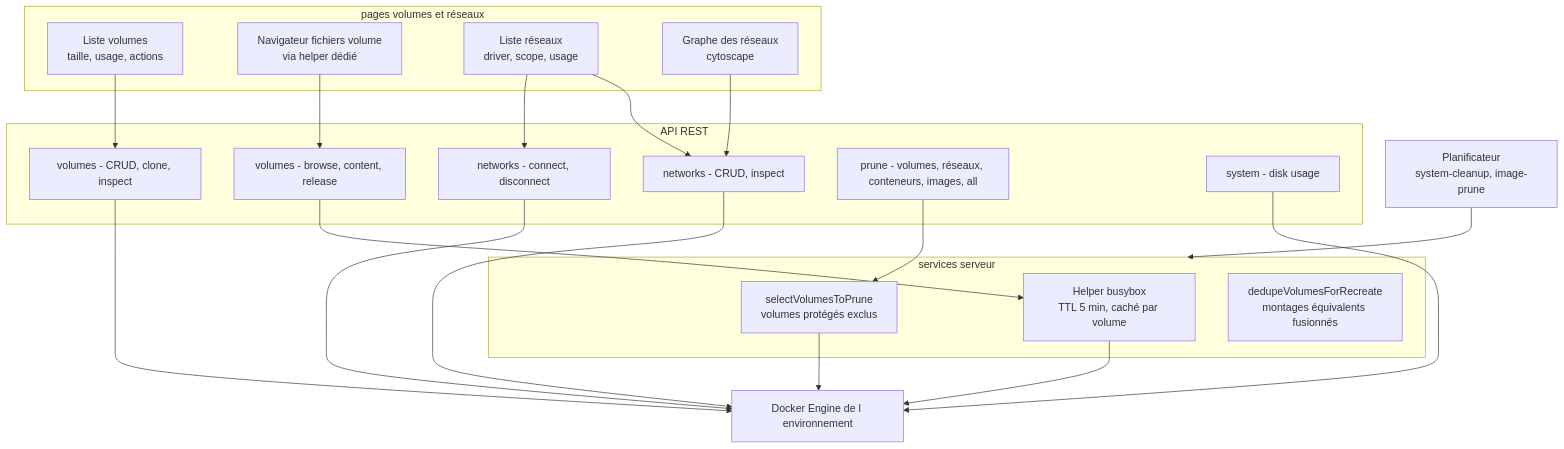
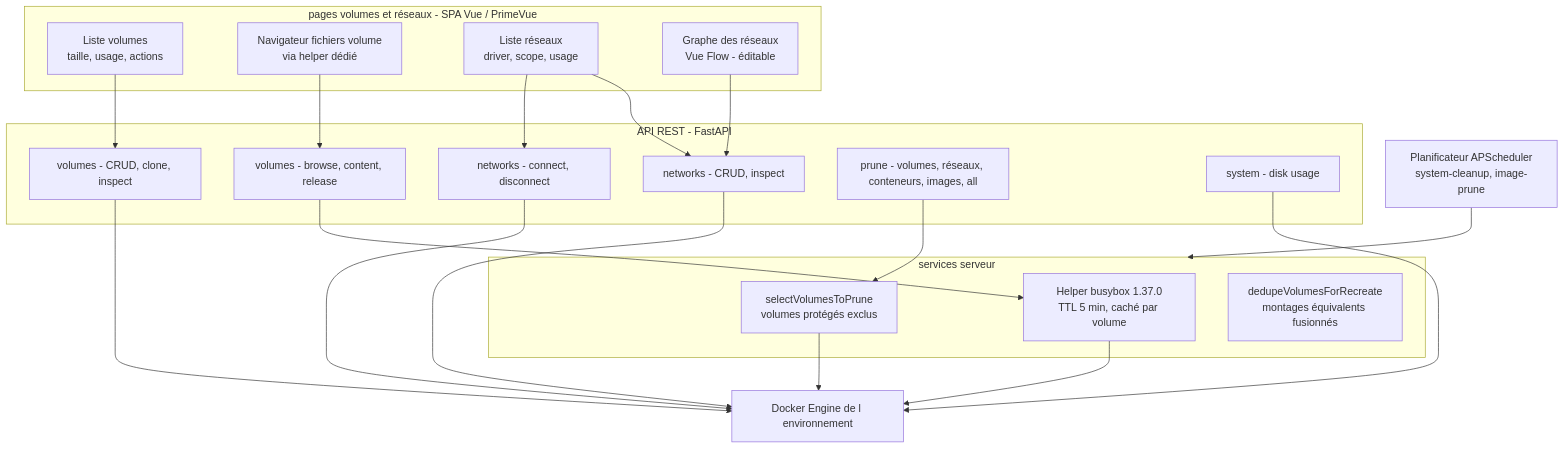
The diagram in docs/spec_dockhand_reference/09-volumes-reseaux.md (stefapi/windflow), drawn with Mermaid before and after one commit. The commit also changed other lines of this file and 15 other files, not shown here.

````diff
--- a/docs/spec_dockhand_reference/09-volumes-reseaux.md
+++ b/docs/spec_dockhand_reference/09-volumes-reseaux.md
@@ -42,39 +38,39 @@
 ```mermaid
 flowchart TB
-    subgraph UI[ pages volumes et réseaux ]
+    subgraph UI[ pages volumes et réseaux - SPA Vue / PrimeVue ]
         VOL[Liste volumes<br/>taille, usage, actions]
         VBROW[Navigateur fichiers volume<br/>via helper dédié]
         NET[Liste réseaux<br/>driver, scope, usage]
-        GRAPH[Graphe des réseaux<br/>cytoscape]
+        GRAPH[Graphe des réseaux<br/>Vue Flow - éditable]
     end
 
-    subgraph API[ API REST ]
+    subgraph API[ API REST - FastAPI ]
         VCRUD[volumes - CRUD, clone, inspect]
         VBROWAPI[volumes - browse, content, release]
         NCRUD[networks - CRUD, inspect]
         NCONN[networks - connect, disconnect]
         PRUNES[prune - volumes, réseaux, conteneurs, images, all]
         DISK[system - disk usage]
     end
 
     subgraph Serv[ services serveur ]
-        HELPER[Helper busybox<br/>TTL 5 min, caché par volume]
+        HELPER[Helper busybox 1.37.0<br/>TTL 5 min, caché par volume]
         VPRUNE[selectVolumesToPrune<br/>volumes protégés exclus]
         DEDUP[dedupeVolumesForRecreate<br/>montages équivalents fusionnés]
     end
 
     D[Docker Engine de l environnement]
-    SCHED[Planificateur<br/>system-cleanup, image-prune]
+    SCHED[Planificateur APScheduler<br/>system-cleanup, image-prune]
 
     VOL --> VCRUD
     VBROW --> VBROWAPI --> HELPER --> D
     NET --> NCRUD
     NET --> NCONN
     GRAPH --> NCRUD
     VCRUD --> D
     NCRUD --> D
     NCONN --> D
     PRUNES --> VPRUNE --> D
     DISK --> D
     SCHED --> Serv
 ```
````
